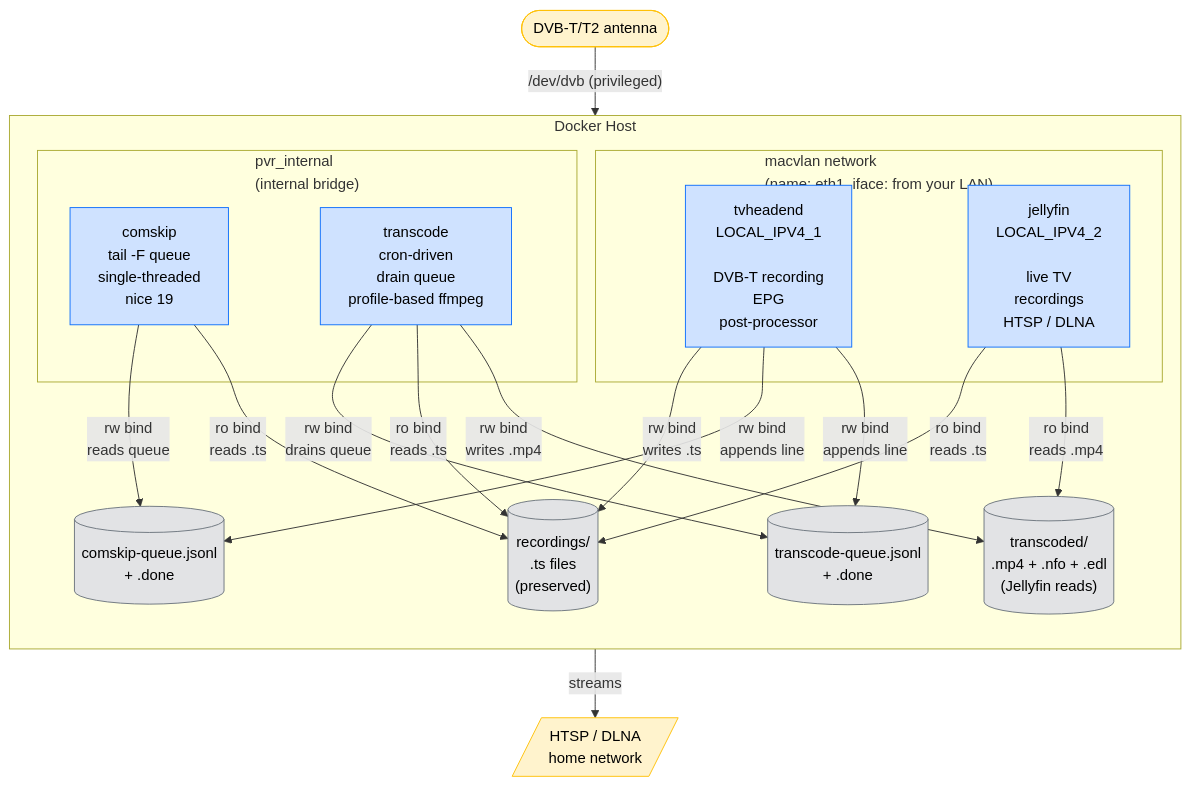
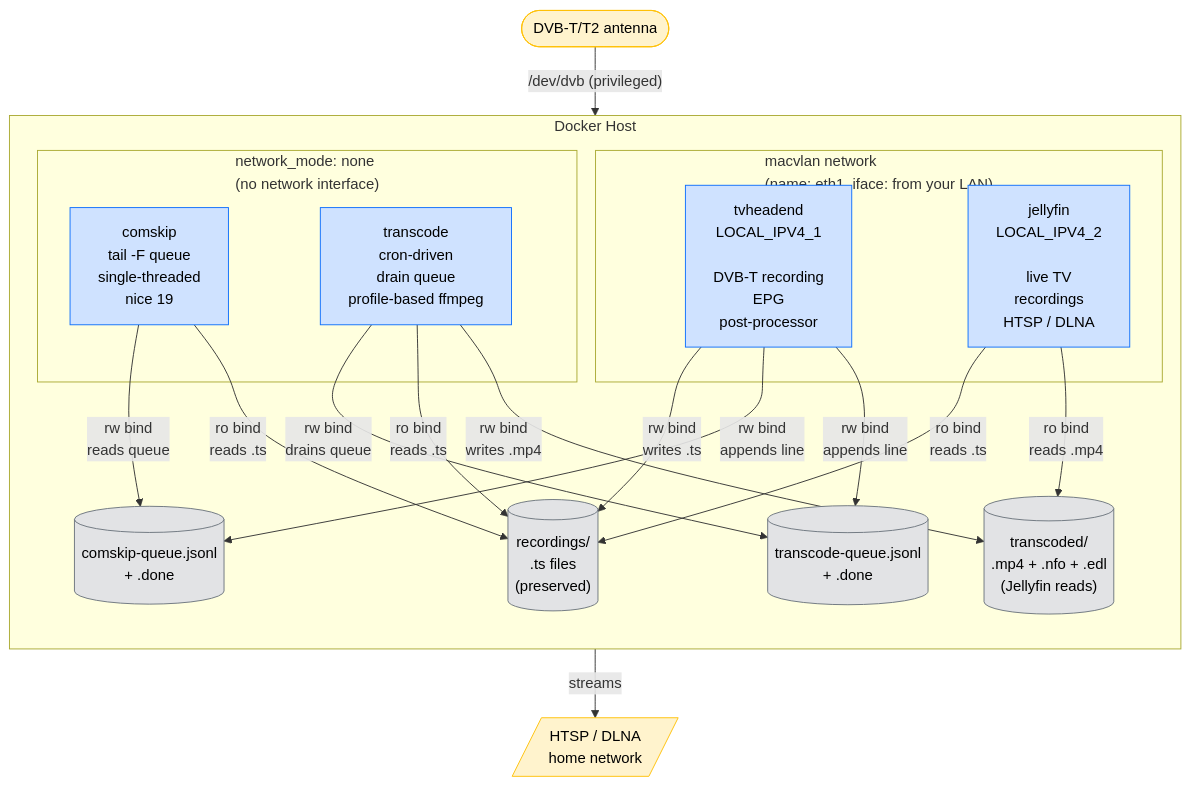
The second of 4 diagrams in docs/ARCHITECTURE.md (petekaik/qnap-pvr), drawn with Mermaid before and after one commit. The commit also changed other lines of this file and 4 other files, not shown here.

````diff
--- a/docs/ARCHITECTURE.md
+++ b/docs/ARCHITECTURE.md
@@ -35,43 +35,43 @@
 ```mermaid
 flowchart TB
     classDef pvrNode fill:#cfe2ff,stroke:#0d6efd,color:#000
     classDef pvrDb fill:#e2e3e5,stroke:#6c757d,color:#000
     classDef extNode fill:#fff3cd,stroke:#ffc107,color:#000
 
     subgraph host["Docker Host"]
         direction TB
 
         subgraph macvlan_net["macvlan network<br/>(name: eth1, iface: from your LAN)"]
             tvh["tvheadend<br/>LOCAL_IPV4_1<br/><br/>DVB-T recording<br/>EPG<br/>post-processor"]:::pvrNode
             jf["jellyfin<br/>LOCAL_IPV4_2<br/><br/>live TV<br/>recordings<br/>HTSP / DLNA"]:::pvrNode
         end
 
-        subgraph pvr_int["pvr_internal<br/>(internal bridge)"]
+        subgraph no_net["network_mode: none<br/>(no network interface)"]
             cs["comskip<br/>tail -F queue<br/>single-threaded<br/>nice 19"]:::pvrNode
             tr["transcode<br/>cron-driven<br/>drain queue<br/>profile-based ffmpeg"]:::pvrNode
         end
 
         rec[("recordings/<br/>.ts files<br/>(preserved)")]:::pvrDb
         mp4[("transcoded/<br/>.mp4 + .nfo + .edl<br/>(Jellyfin reads)")]:::pvrDb
         csQ[("comskip-queue.jsonl<br/>+ .done")]:::pvrDb
         trQ[("transcode-queue.jsonl<br/>+ .done")]:::pvrDb
     end
 
     antenna(["DVB-T/T2 antenna"]):::extNode
     upstream[/"HTSP / DLNA<br/>home network"/]:::extNode
 
     antenna -- "/dev/dvb (privileged)" --> tvh
     tvh -- "rw bind<br/>writes .ts" --> rec
     tvh -- "rw bind<br/>appends line" --> csQ
     tvh -- "rw bind<br/>appends line" --> trQ
     cs -- "rw bind<br/>reads queue" --> csQ
     cs -- "ro bind<br/>reads .ts" --> rec
     tr -- "rw bind<br/>drains queue" --> trQ
     tr -- "ro bind<br/>reads .ts" --> rec
     tr -- "rw bind<br/>writes .mp4" --> mp4
     jf -- "ro bind<br/>reads .ts" --> rec
     jf -- "ro bind<br/>reads .mp4" --> mp4
     jf -- "streams" --> upstream
 
     classDef host fill:#f8f9fa,stroke:#dee2e6,color:#000
 ```
````
